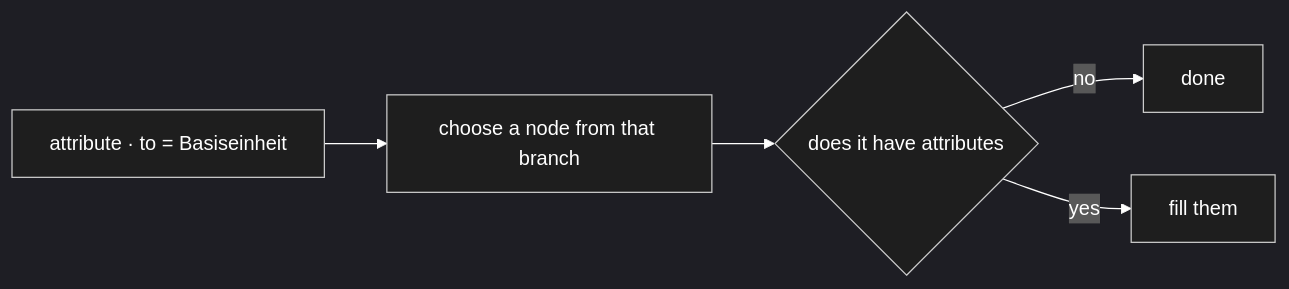
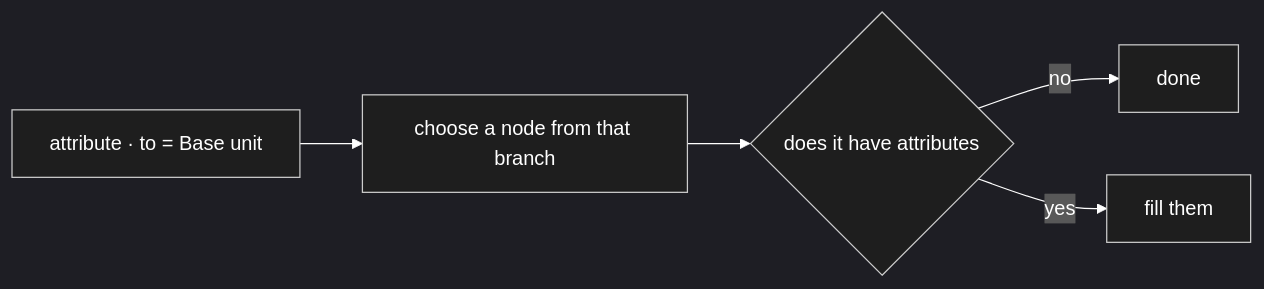
Diagram 17 of 50 in docs/NewConcept/10-domain-core.md (sfambach/wp-taxonomy-modeler), drawn with Mermaid before and after one commit. The commit also changed other lines of this file and 7 other files, not shown here.

````diff
--- a/docs/NewConcept/10-domain-core.md
+++ b/docs/NewConcept/10-domain-core.md
@@ -1403,18 +1403,18 @@
 ```mermaid
 ---
 config:
   theme: dark
   themeVariables:
     mainBkg: "#1e1e1e"
     background: "#1e1e1e"
     primaryColor: "#1e1e1e"
     classText: "#ffffff"
     textColor: "#ffffff"
     lineColor: "#ffffff"
 ---
 flowchart LR
-    A["attribute · to = Basiseinheit"] --> C[choose a node from that branch]
+    A["attribute · to = Base unit"] --> C[choose a node from that branch]
     C --> Q{does it have attributes}
     Q -->|no| D[done]
     Q -->|yes| E[fill them]
 ```
````
